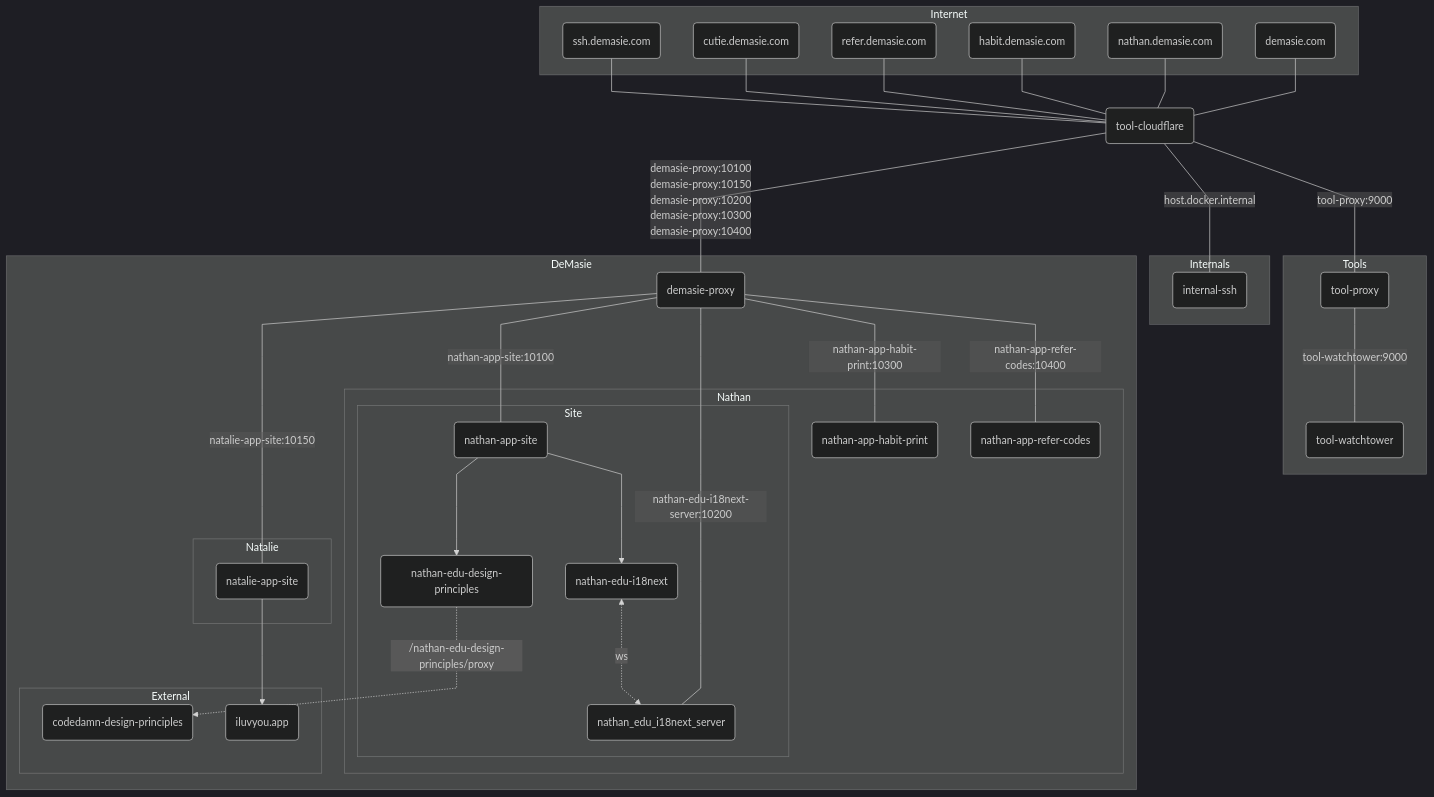
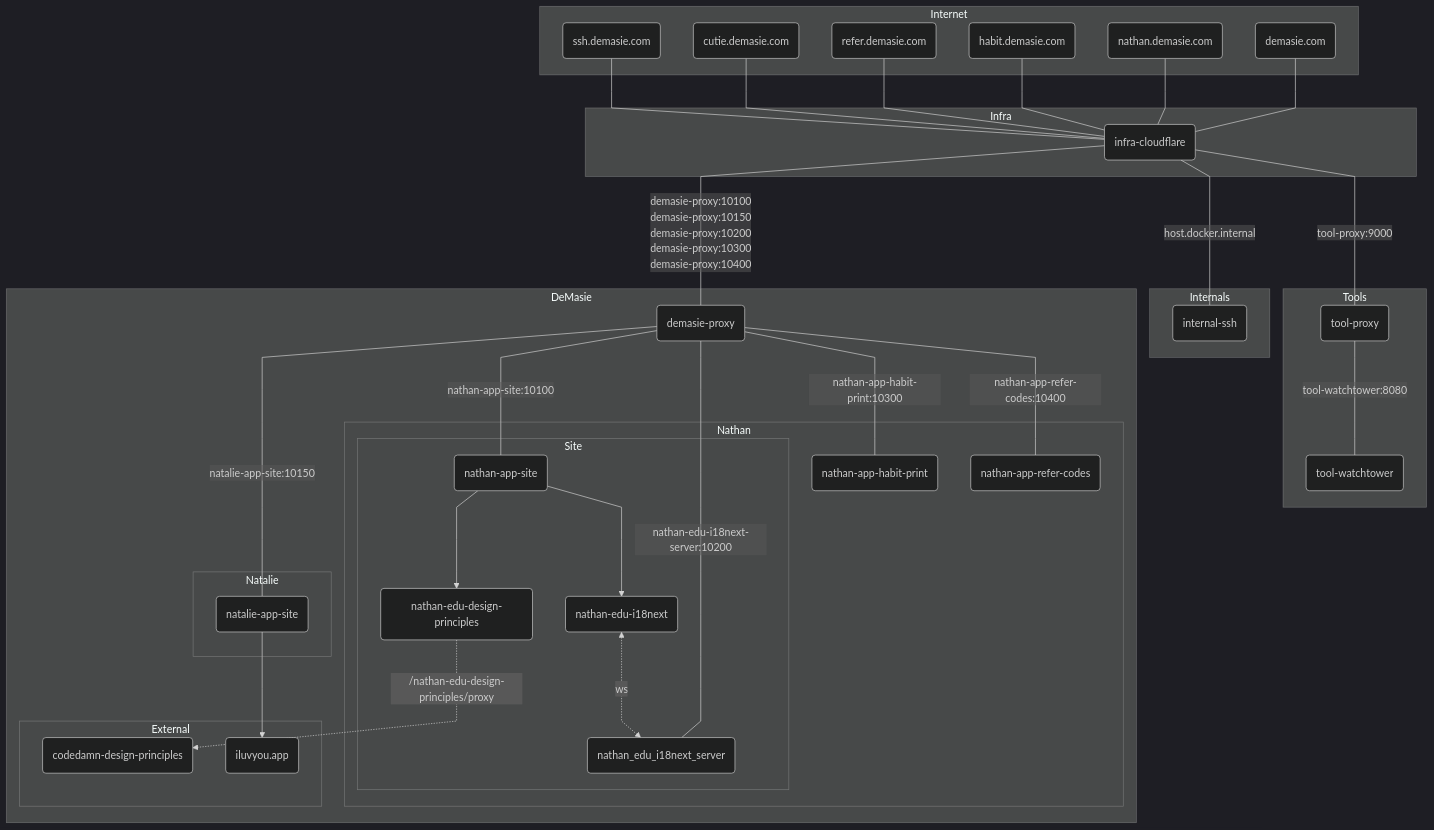
Before and after one commit to ndemasie/demasie.com: the diagram in README.md, drawn with Mermaid. The commit also changed 3 other files, not shown here.

```diff
--- a/README.md
+++ b/README.md
@@ -32,7 +32,9 @@
     domain_ssh("ssh.demasie.com")
   end
 
-  tool_cloudflare(tool-cloudflare)
+  subgraph Infra
+    infra_cloudflare(infra-cloudflare)
+  end
 
   subgraph Internals
     internal_ssh(internal-ssh)
@@ -70,16 +72,16 @@
   end
 
   %% Flow
-  domain --- tool_cloudflare
-  domain_nathan --- tool_cloudflare
-  domain_habit --- tool_cloudflare
-  domain_refer --- tool_cloudflare
-  domain_cutie --- tool_cloudflare
-  domain_ssh --- tool_cloudflare
+  domain --- infra_cloudflare
+  domain_nathan --- infra_cloudflare
+  domain_habit --- infra_cloudflare
+  domain_refer --- infra_cloudflare
+  domain_cutie --- infra_cloudflare
+  domain_ssh --- infra_cloudflare
 
-  tool_cloudflare ---|<div>demasie-proxy:10100</br>demasie-proxy:10150</br>demasie-proxy:10200</br>demasie-proxy:10300</br>demasie-proxy:10400</br></div>| demasie_proxy
-  tool_cloudflare ---|<div>tool-proxy:9000</div>| tool_proxy
-  tool_cloudflare ---|<div>host.docker.internal</div>| internal_ssh
+  infra_cloudflare ---|<div>demasie-proxy:10100</br>demasie-proxy:10150</br>demasie-proxy:10200</br>demasie-proxy:10300</br>demasie-proxy:10400</br></div>| demasie_proxy
+  infra_cloudflare ---|<div>tool-proxy:9000</div>| tool_proxy
+  infra_cloudflare ---|<div>host.docker.internal</div>| internal_ssh
 
   demasie_proxy ---|<div>nathan-app-site:10100</div>| nathan_app_site
   demasie_proxy ---|<div>natalie-app-site:10150</div>| natalie_app_site
@@ -87,7 +89,7 @@
   demasie_proxy ---|<div>nathan-app-habit-print:10300</div>| nathan_app_habit_print
   demasie_proxy ---|<div>nathan-app-refer-codes:10400</div>| nathan_app_referral_codes
 
-  tool_proxy ---|<div>tool-watchtower:9000</div>| tool_watchtower
+  tool_proxy ---|<div>tool-watchtower:8080</div>| tool_watchtower
 
   natalie_app_site --> iluvyou_app
 
```
